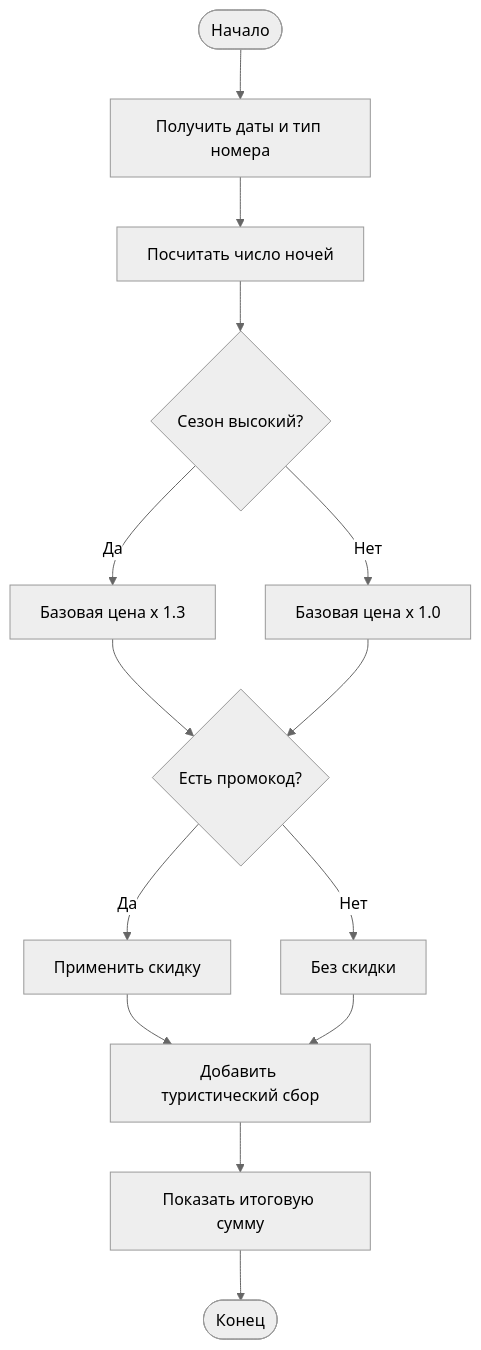
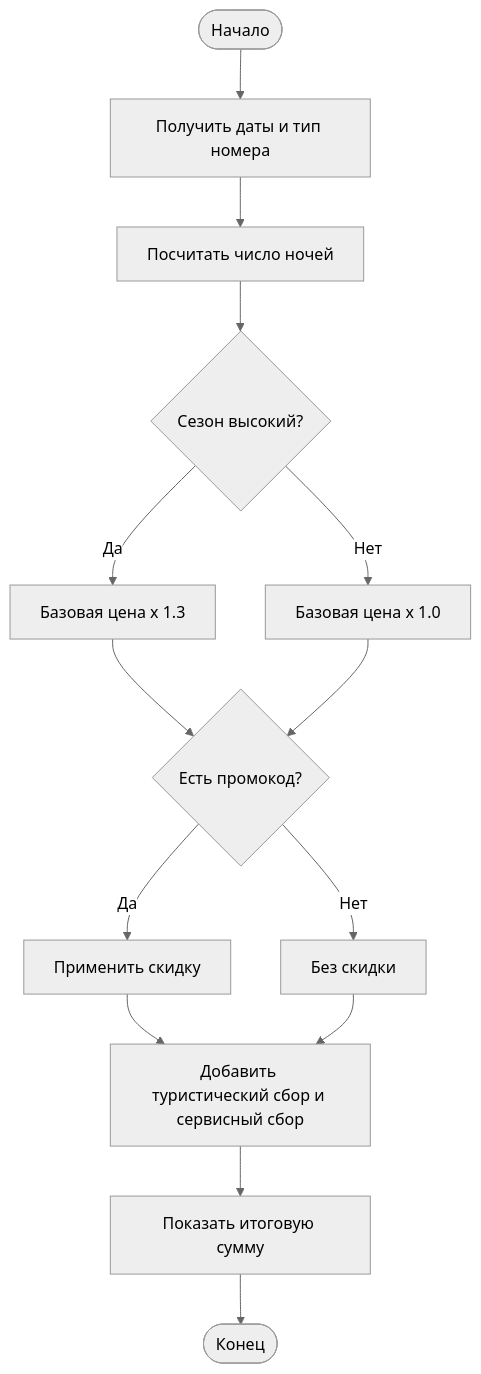
The diagram in lab1/docs/flowchart.md (senkelyv24-create/visual-programming-labs-Senkel), drawn with Mermaid (neutral theme) before and after one commit. The commit also changed other lines of this file and 3 other files, not shown here.

Commit message:
Update Activity and Mermaid diagrams for diff demo

````diff
--- a/lab1/docs/flowchart.md
+++ b/lab1/docs/flowchart.md
@@ -5,16 +5,16 @@
 ```mermaid
 flowchart TD
     A([Начало]) --> B[Получить даты и тип номера]
     B --> C[Посчитать число ночей]
     C --> D{Сезон высокий?}
     D -->|Да| E[Базовая цена x 1.3]
     D -->|Нет| F[Базовая цена x 1.0]
     E --> G{Есть промокод?}
     F --> G
     G -->|Да| H[Применить скидку]
     G -->|Нет| I[Без скидки]
-    H --> J[Добавить туристический сбор]
+    H --> J[Добавить туристический сбор и сервисный сбор]
     I --> J
     J --> K[Показать итоговую сумму]
     K --> L([Конец])
 ```
````
